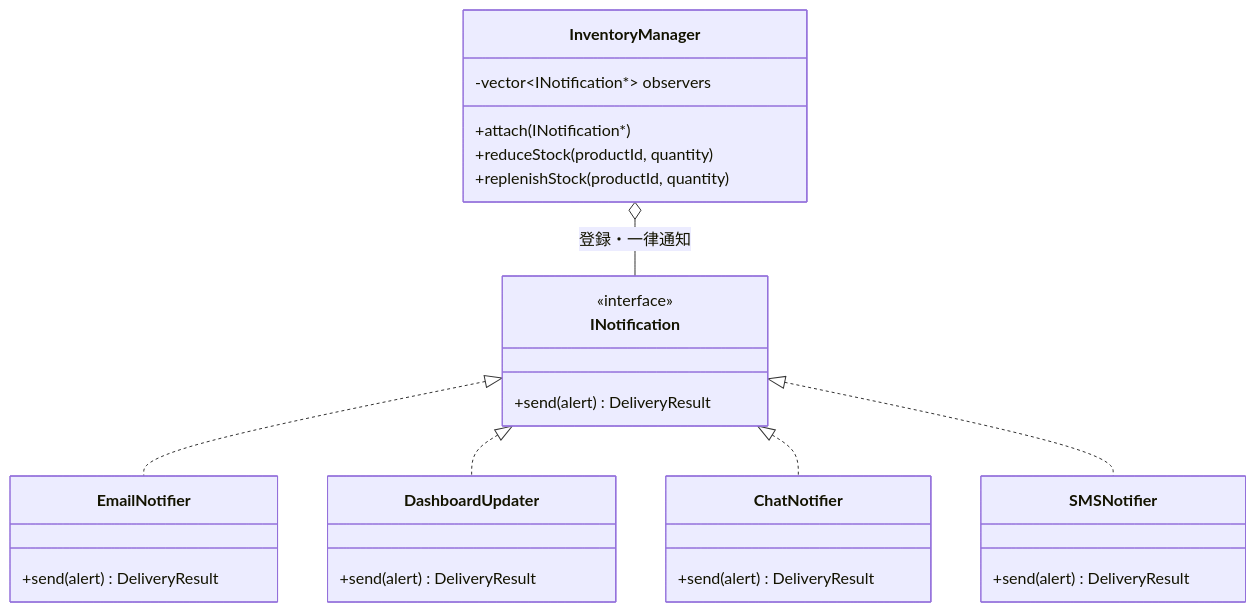
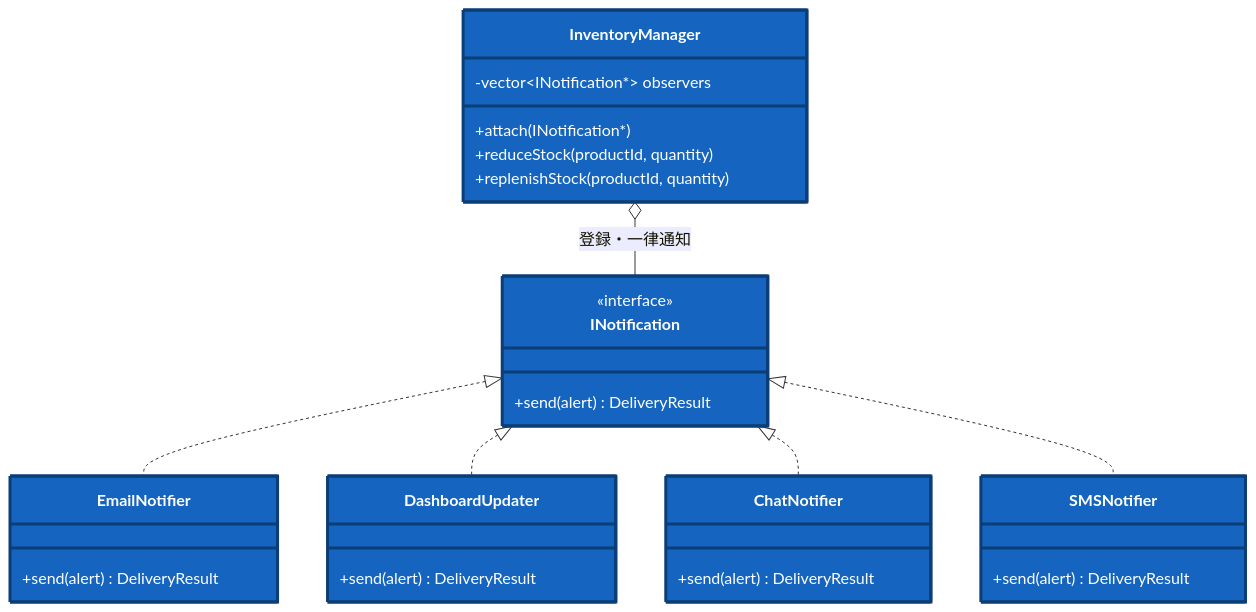
One commit to kumachan1101-pixel/DesignPattern changed the seventh of 13 diagrams in kindle/design-patterns/books/volume01-core-patterns/output/05-chapter03.md. Above: the diagram before and after it, drawn with Mermaid. The commit also changed other lines of this file and 19 other files, not shown here.

First line of the commit message:
図の変更箇所を色で示し、変更前後の対比の説明構造をそろえる

````diff
--- a/kindle/design-patterns/books/volume01-core-patterns/output/05-chapter03.md
+++ b/kindle/design-patterns/books/volume01-core-patterns/output/05-chapter03.md
@@ -2142,23 +2147,25 @@
 ```mermaid
 classDiagram
     direction TB
-    class InventoryManager {
+    class InventoryManager:::changed {
         -vector~INotification*~ observers
         +attach(INotification*)
         +reduceStock(productId, quantity)
         +replenishStock(productId, quantity)
     }
-    class INotification {
+    class INotification:::changed {
         <<interface>>
         +send(alert) DeliveryResult
     }
-    class EmailNotifier { +send(alert) DeliveryResult }
-    class DashboardUpdater { +send(alert) DeliveryResult }
-    class ChatNotifier { +send(alert) DeliveryResult }
-    class SMSNotifier { +send(alert) DeliveryResult }
+    class EmailNotifier:::changed { +send(alert) DeliveryResult }
+    class DashboardUpdater:::changed { +send(alert) DeliveryResult }
+    class ChatNotifier:::changed { +send(alert) DeliveryResult }
+    class SMSNotifier:::changed { +send(alert) DeliveryResult }
     InventoryManager o-- INotification : 登録・一律通知
     INotification <|.. EmailNotifier
     INotification <|.. DashboardUpdater
     INotification <|.. ChatNotifier
     INotification <|.. SMSNotifier
+
+    classDef changed fill:#1565c0,stroke:#0b3d76,stroke-width:3px,color:#ffffff;
 ```
````
